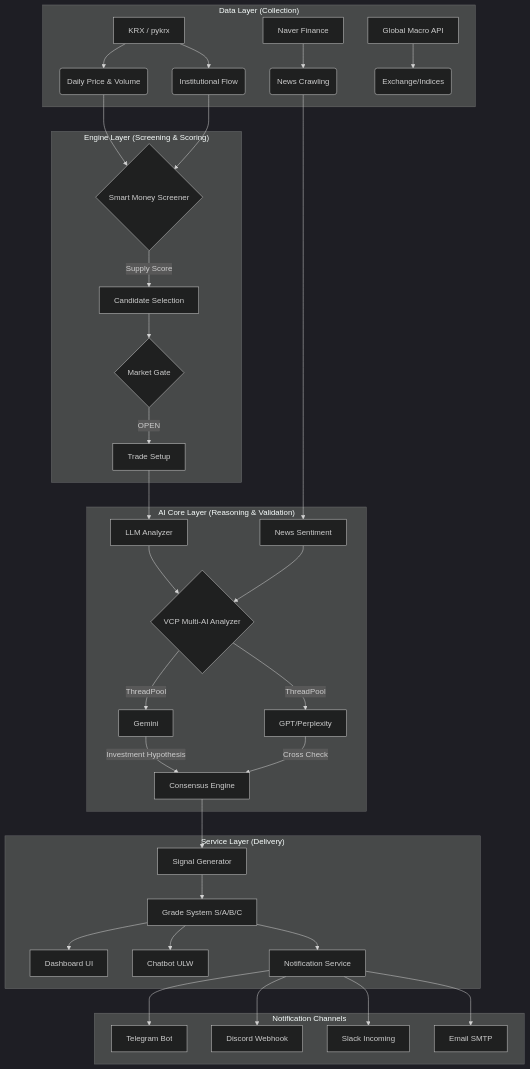
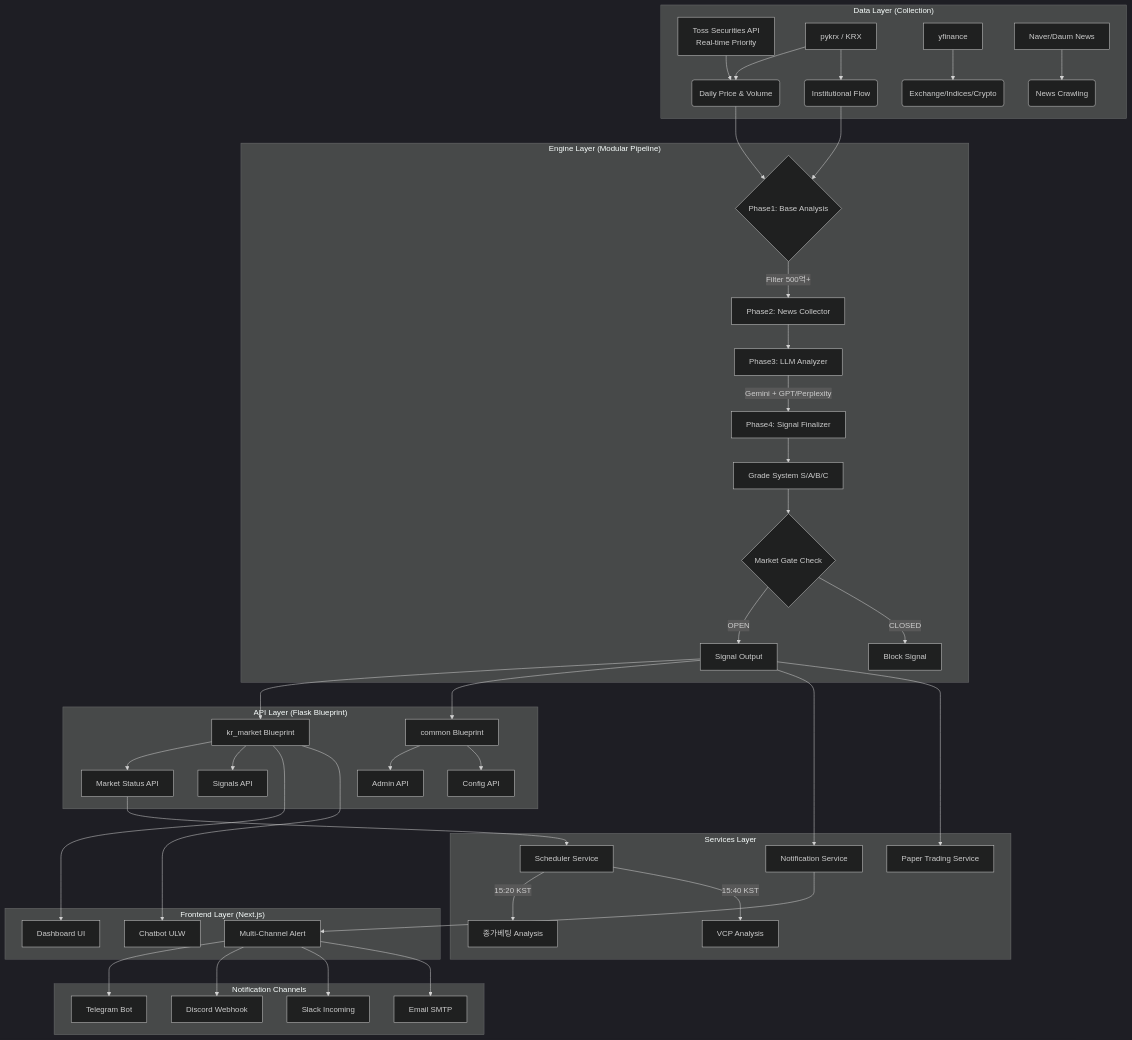
The first of 6 diagrams in README.md (freelife1191/closing-bet-demo), drawn with Mermaid (dark theme) before and after one commit. The commit also changed other lines of this file and 62 other files, not shown here.

````diff
--- a/README.md
+++ b/README.md
@@ -117,42 +146,52 @@
 ```mermaid
 graph TD
     subgraph "Data Layer (Collection)"
-        A[KRX / pykrx] --> B(Daily Price & Volume)
-        A --> C(Institutional Flow)
-        D[Naver Finance] --> E(News Crawling)
-        F[Global Macro API] --> G(Exchange/Indices)
+        A[Toss Securities API<br>Real-time Priority] --> B(Daily Price & Volume)
+        C[pykrx / KRX] --> B
+        C --> D(Institutional Flow)
+        E[yfinance] --> F(Exchange/Indices/Crypto)
+        G[Naver/Daum News] --> H(News Crawling)
     end
 
-    subgraph "Engine Layer (Screening & Scoring)"
-        B & C --> H{Smart Money Screener}
-        H -->|Supply Score| I[Candidate Selection]
-        I --> J{Market Gate}
-        J -->|OPEN| K[Trade Setup]
+    subgraph "Engine Layer (Modular Pipeline)"
+        B & D --> I{Phase1: Base Analysis}
+        I -->|Filter 500억+| J[Phase2: News Collector]
+        J --> K[Phase3: LLM Analyzer]
+        K -->|Gemini + GPT/Perplexity| L[Phase4: Signal Finalizer]
+        L --> M[Grade System S/A/B/C]
+
+        M --> N{Market Gate Check}
+        N -->|OPEN| O[Signal Output]
+        N -->|CLOSED| P[Block Signal]
     end
 
-    subgraph "AI Core Layer (Reasoning & Validation)"
-        K --> L[LLM Analyzer]
-        E --> M[News Sentiment]
-        L & M --> N{VCP Multi-AI Analyzer}
-        N -->|ThreadPool| O[Gemini]
-        N -->|ThreadPool| P[GPT/Perplexity]
-        
-        O -->|Investment Hypothesis| Q[Consensus Engine]
-        P -->|Cross Check| Q
+    subgraph "API Layer (Flask Blueprint)"
+        O --> Q[kr_market Blueprint]
+        O --> R[common Blueprint]
+        Q --> S[Market Status API]
+        Q --> T[Signals API]
+        R --> U[Admin API]
+        R --> V[Config API]
     end
 
-    subgraph "Service Layer (Delivery)"
-        Q --> R[Signal Generator]
-        R --> S[Grade System S/A/B/C]
-        S --> T[Dashboard UI]
-        S --> U[Chatbot ULW]
-        S --> V[Notification Service]
+    subgraph "Services Layer"
+        S --> W[Scheduler Service]
+        O --> X[Notification Service]
+        O --> Y[Paper Trading Service]
+        W -->|15:20 KST| Z[종가베팅 Analysis]
+        W -->|15:40 KST| AA[VCP Analysis]
+    end
+
+    subgraph "Frontend Layer (Next.js)"
+        Q --> AB[Dashboard UI]
+        Q --> AC[Chatbot ULW]
+        X --> AD[Multi-Channel Alert]
     end
 
     subgraph "Notification Channels"
-        V --> W[Telegram Bot]
-        V --> X[Discord Webhook]
-        V --> Y[Slack Incoming]
-        V --> Z[Email SMTP]
+        AD --> AE[Telegram Bot]
+        AD --> AF[Discord Webhook]
+        AD --> AG[Slack Incoming]
+        AD --> AH[Email SMTP]
     end
 ```
````
